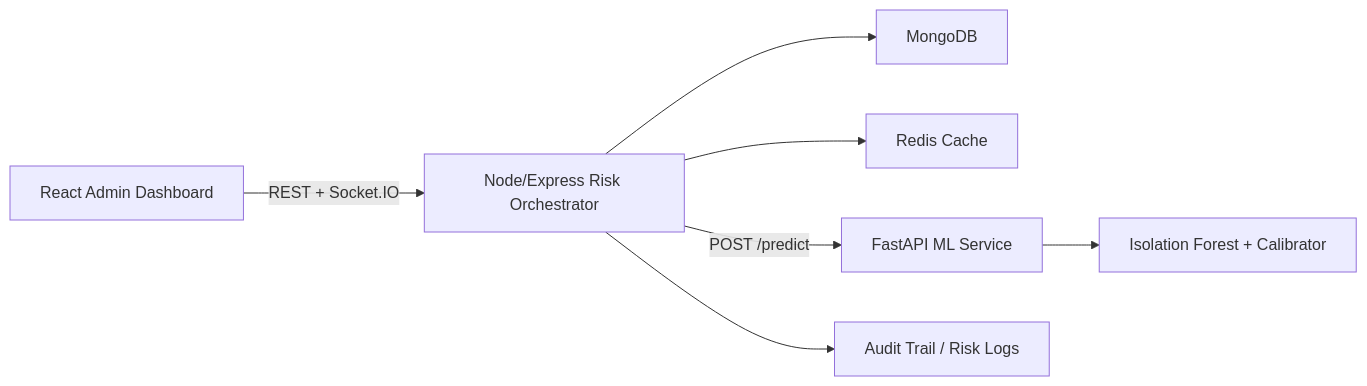
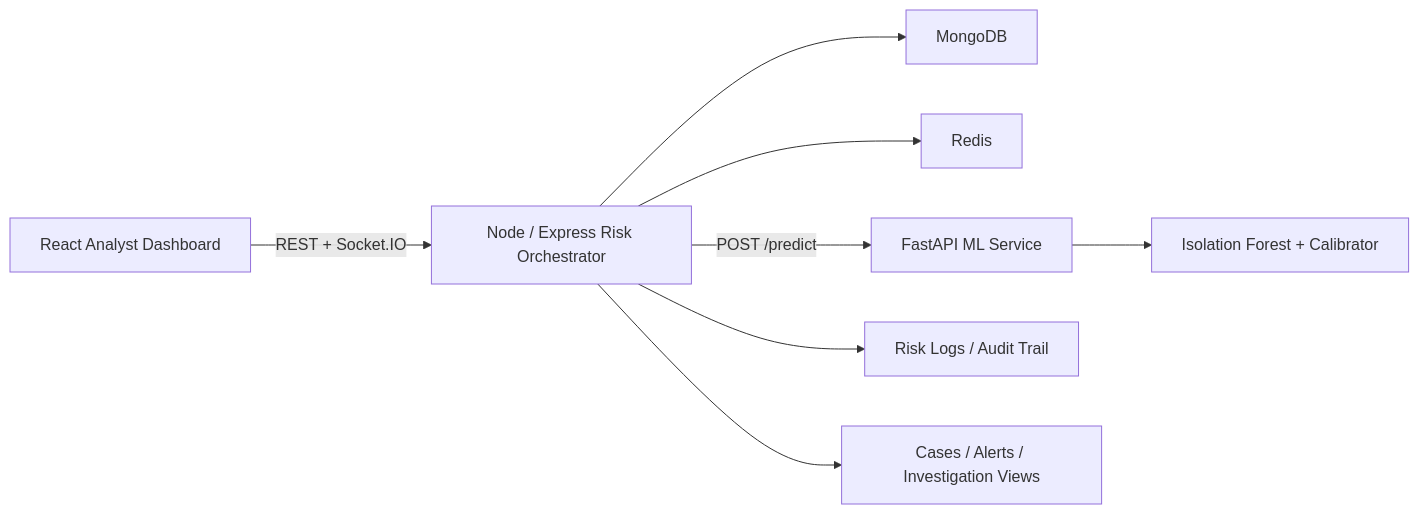
The diagram in README.md (prajjwal-17/Fraud-Detection), drawn with Mermaid before and after one commit. The commit also changed other lines of this file, not shown here.

````diff
--- a/README.md
+++ b/README.md
@@ -15,9 +113,10 @@
 ```mermaid
 flowchart LR
-    A["React Admin Dashboard"] -->|"REST + Socket.IO"| B["Node/Express Risk Orchestrator"]
+    A["React Analyst Dashboard"] -->|"REST + Socket.IO"| B["Node / Express Risk Orchestrator"]
     B --> C["MongoDB"]
-    B --> D["Redis Cache"]
+    B --> D["Redis"]
     B -->|"POST /predict"| E["FastAPI ML Service"]
     E --> F["Isolation Forest + Calibrator"]
-    B --> G["Audit Trail / Risk Logs"]
+    B --> G["Risk Logs / Audit Trail"]
+    B --> H["Cases / Alerts / Investigation Views"]
 ```
````
